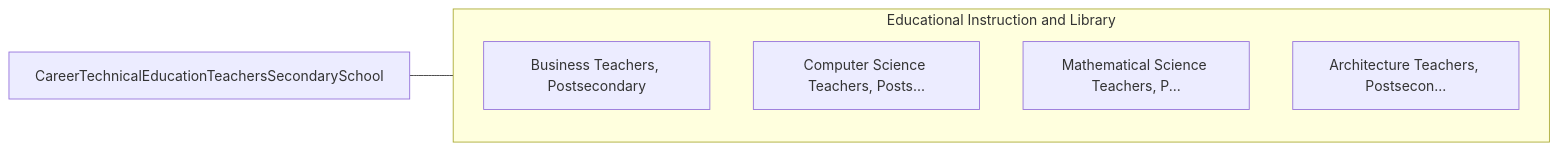
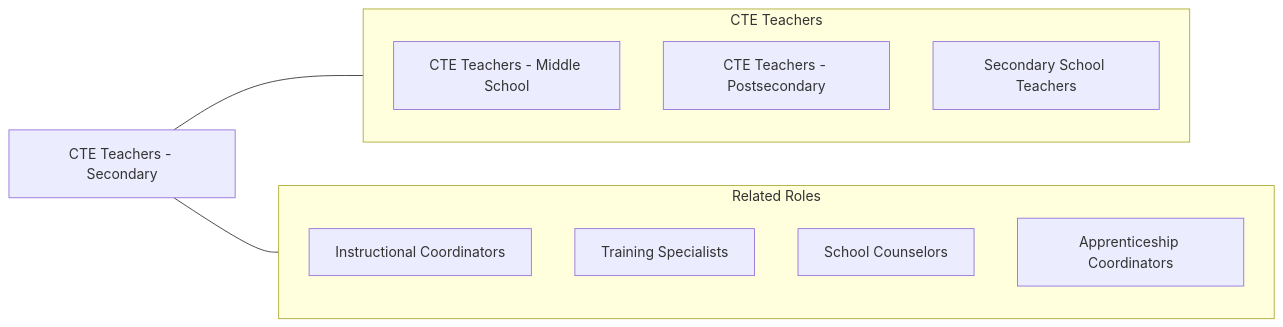
One commit to kziemski/business.org.ai changed the fourth of 4 diagrams in occupations/Education/CareerTechnicalEducationTeachersSecondarySchool.mdx. Above: the diagram before and after it, drawn with Mermaid. The commit also changed other lines of this file and 938 other files, not shown here.

````diff
--- a/occupations/Education/CareerTechnicalEducationTeachersSecondarySchool.mdx
+++ b/occupations/Education/CareerTechnicalEducationTeachersSecondarySchool.mdx
@@ -100,13 +168,20 @@
 ```mermaid
 graph LR
-    Current["CareerTechnicalEducationTeachersSecondarySchool"]
+    Current["CTE Teachers - Secondary"]
 
-    subgraph SameCategory["Educational Instruction and Library"]
-        BusinessTeachersPost["Business Teachers, Postsecondary"]
-        ComputerScienceTeach["Computer Science Teachers, Posts..."]
-        MathematicalScienceT["Mathematical Science Teachers, P..."]
-        ArchitectureTeachers["Architecture Teachers, Postsecon..."]
+    subgraph SameCategory["CTE Teachers"]
+        CTEMiddle["CTE Teachers - Middle School"]
+        CTEPostsecondary["CTE Teachers - Postsecondary"]
+        Secondary["Secondary School Teachers"]
+    end
+
+    subgraph CrossFunctional["Related Roles"]
+        IC["Instructional Coordinators"]
+        TrainDev["Training Specialists"]
+        Counselors["School Counselors"]
+        Apprentice["Apprenticeship Coordinators"]
     end
 
     Current --- SameCategory
+    Current --- CrossFunctional
 ```
````
